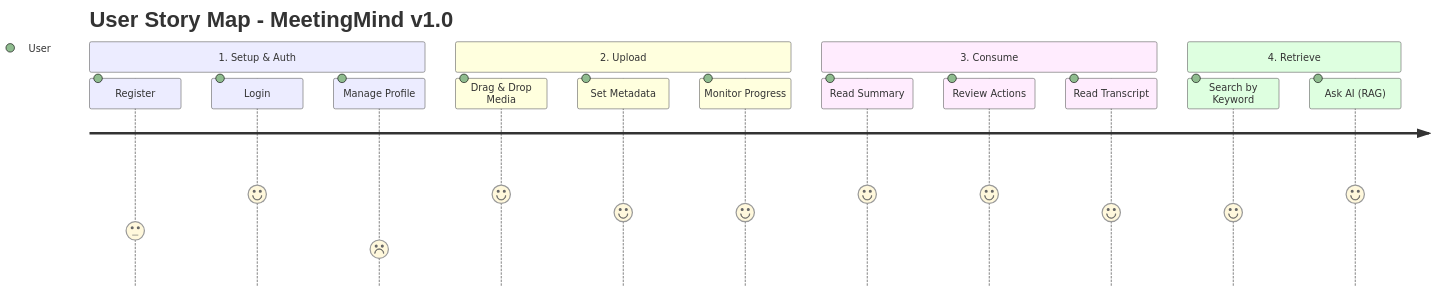
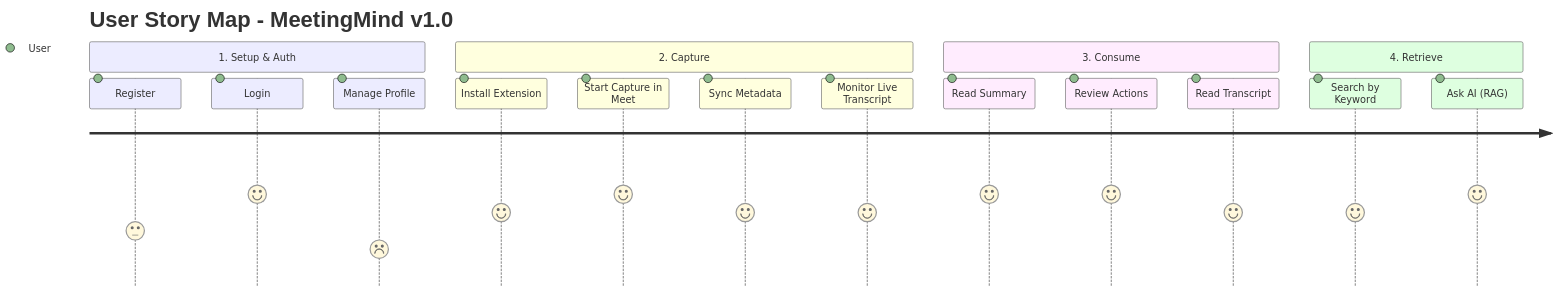
One commit to rudrabhavsar7/MeetingMind changed the diagram in 01-product/prd.md. Above: the diagram before and after it, drawn with Mermaid. The commit also changed other lines of this file and 82 other files, not shown here.

````diff
--- a/01-product/prd.md
+++ b/01-product/prd.md
@@ -49,19 +50,20 @@
 ```mermaid
 journey
     title User Story Map - MeetingMind v1.0
     section 1. Setup & Auth
       Register: 3: User
       Login: 5: User
       Manage Profile: 2: User
-    section 2. Upload
-      Drag & Drop Media: 5: User
-      Set Metadata: 4: User
-      Monitor Progress: 4: User
+    section 2. Capture
+      Install Extension: 4: User
+      Start Capture in Meet: 5: User
+      Sync Metadata: 4: User
+      Monitor Live Transcript: 4: User
     section 3. Consume
       Read Summary: 5: User
       Review Actions: 5: User
       Read Transcript: 4: User
     section 4. Retrieve
       Search by Keyword: 4: User
       Ask AI (RAG): 5: User
 ```
````
